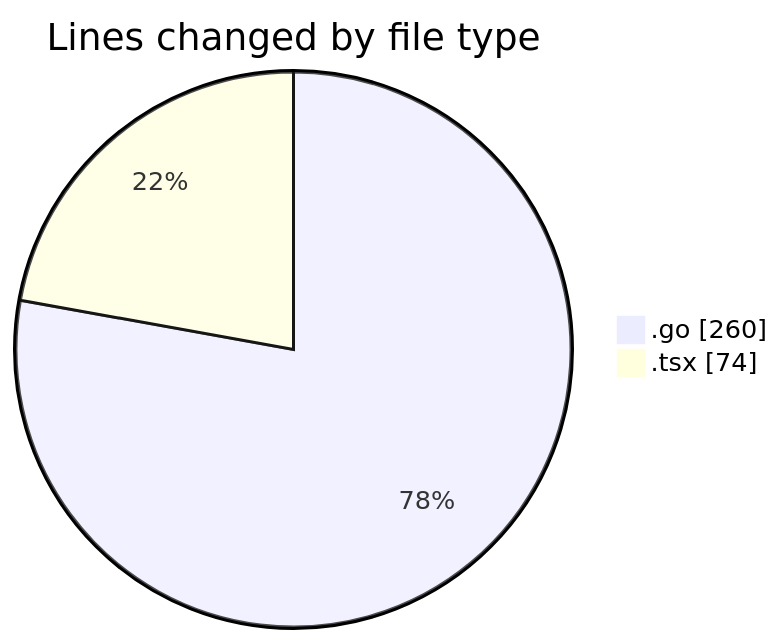
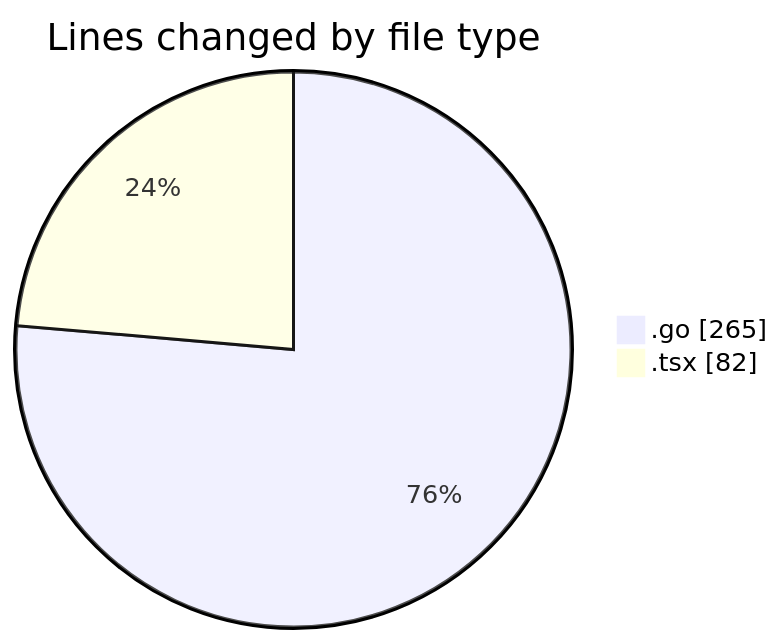
Before and after one commit to robertbonfada/code-tracking: the first of 2 diagrams in 2025-02-21/termonied_testador/README.md, drawn with Mermaid. The commit also changed other lines of this file and 1 other file, not shown here.

````diff
--- a/2025-02-21/termonied_testador/README.md
+++ b/2025-02-21/termonied_testador/README.md
@@ -26,6 +26,6 @@
 ```mermaid
 pie showData
 title Lines changed by file type
-".go" : 260
-".tsx" : 74
+".go" : 265
+".tsx" : 82
 ```
````
